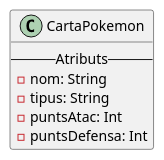
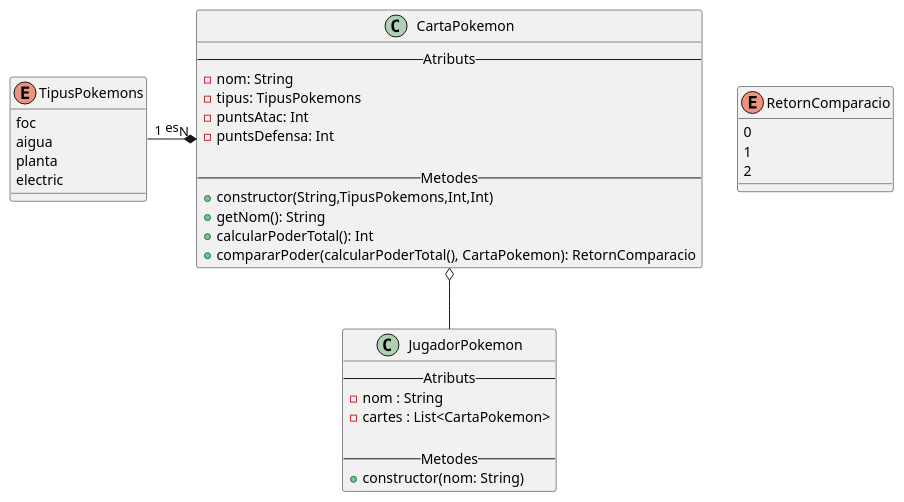
Before and after one commit to AsadSaidi/M5-A08-Disseny-de-Diagrames-de-Classes: the diagram in src/main/kotlin/UML/DiagramaEX1.puml, drawn with PlantUML. The commit also changed 8 other files, not shown here.

```diff
--- a/src/main/kotlin/UML/DiagramaEX1.puml
+++ b/src/main/kotlin/UML/DiagramaEX1.puml
@@ -1,12 +1,41 @@
 @startuml
 'https://plantuml.com/class-diagram
+enum TipusPokemons{
+    foc
+    aigua
+    planta
+    electric
+}
+
+enum RetornComparacio{
+    0
+    1
+    2
+}
 
 class CartaPokemon{
     -- Atributs --
         - nom: String
-        - tipus: String
+        - tipus: TipusPokemons
         - puntsAtac: Int
         - puntsDefensa: Int
-    }
 
+    -- Metodes --
+        + constructor(String,TipusPokemons,Int,Int)
+        + getNom(): String
+        + calcularPoderTotal(): Int
+        + compararPoder(calcularPoderTotal(), CartaPokemon): RetornComparacio
+}
+
+class JugadorPokemon{
+    -- Atributs --
+        - nom : String
+        - cartes : List<CartaPokemon>
+
+    -- Metodes --
+        + constructor(nom: String)
+}
+
+CartaPokemon o-down- JugadorPokemon
+CartaPokemon "N" *-left- "1" TipusPokemons : es
 @enduml
```
